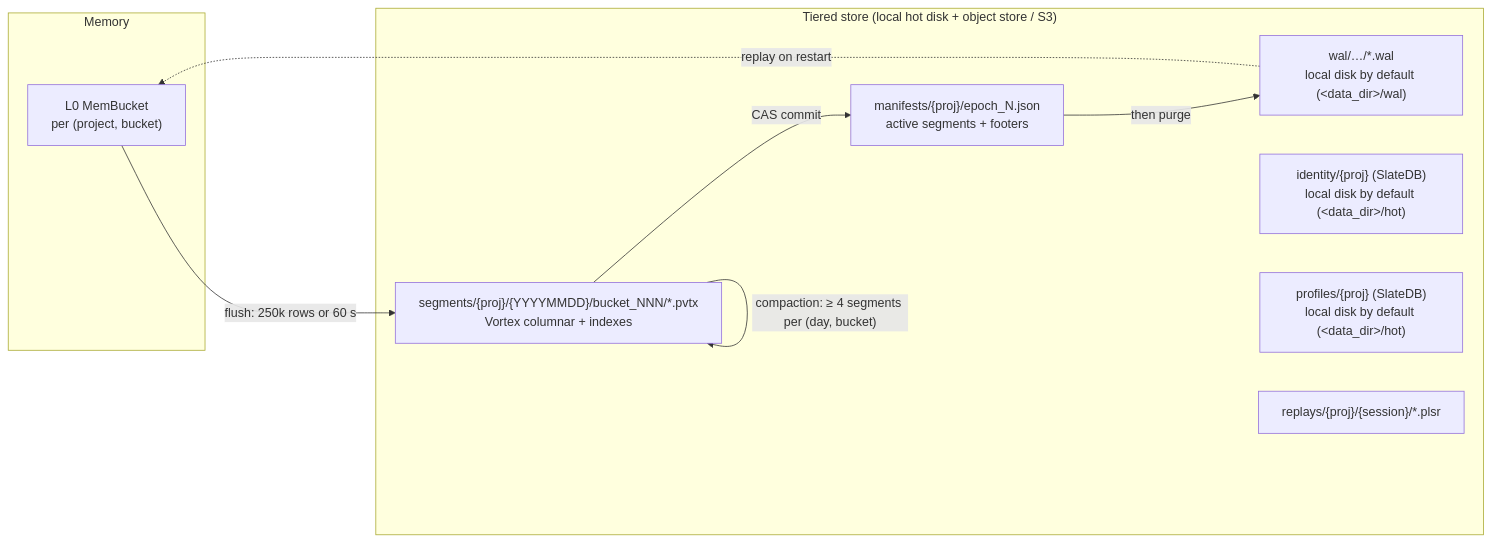
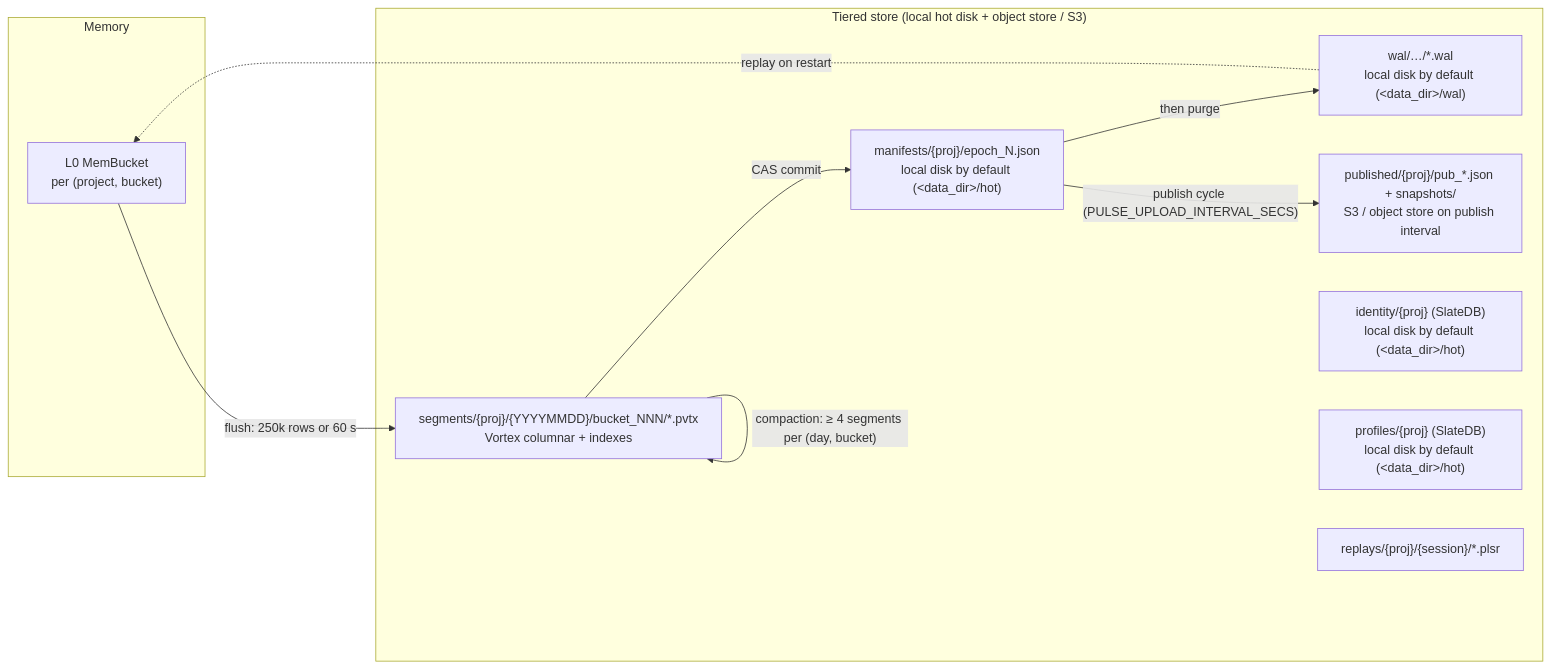
The second of 3 diagrams in docs/how-it-works.md (sswapnil2/analytics-system), drawn with Mermaid before and after one commit. The commit also changed other lines of this file and 28 other files, not shown here.

Commit message:
feat(storage,node,control,exec): implement T2 local manifests, dense fencing, S3 deletion grace, and remote query node

````diff
--- a/docs/how-it-works.md
+++ b/docs/how-it-works.md
@@ -90,19 +90,21 @@
 ```mermaid
 flowchart LR
     subgraph mem["Memory"]
         L0["L0 MemBucket<br/>per (project, bucket)"]
     end
     subgraph os["Tiered store (local hot disk + object store / S3)"]
         WAL["wal/…/*.wal<br/>local disk by default (&lt;data_dir&gt;/wal)"]
         SEG["segments/{proj}/{YYYYMMDD}/bucket_NNN/*.pvtx<br/>Vortex columnar + indexes"]
-        MAN["manifests/{proj}/epoch_N.json<br/>active segments + footers"]
+        MAN["manifests/{proj}/epoch_N.json<br/>local disk by default (&lt;data_dir&gt;/hot)"]
+        PUB["published/{proj}/pub_*.json + snapshots/<br/>S3 / object store on publish interval"]
         ID["identity/{proj} (SlateDB)<br/>local disk by default (&lt;data_dir&gt;/hot)"]
         PROF["profiles/{proj} (SlateDB)<br/>local disk by default (&lt;data_dir&gt;/hot)"]
         REP["replays/{proj}/{session}/*.plsr"]
     end
     WAL -. replay on restart .-> L0
     L0 -- "flush: 250k rows or 60 s" --> SEG
     SEG -- "CAS commit" --> MAN
     MAN -- "then purge" --> WAL
+    MAN -- "publish cycle (PULSE_UPLOAD_INTERVAL_SECS)" --> PUB
     SEG -- "compaction: ≥ 4 segments per (day, bucket)" --> SEG
 ```
````
